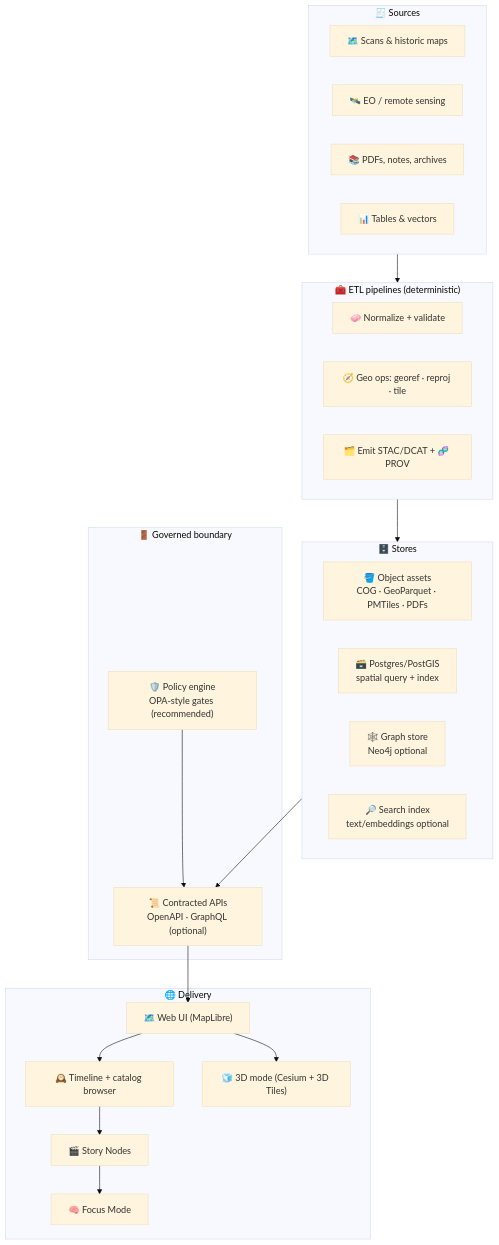
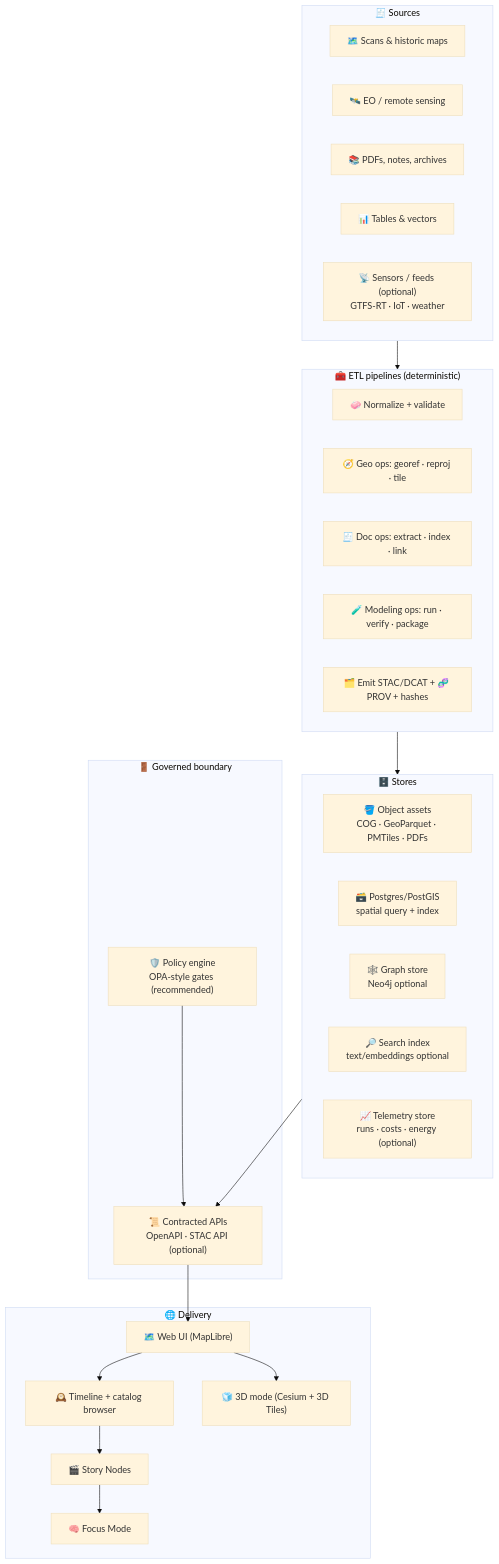
Before and after one commit to bartytime4life/Kansas-Frontier-Matrix: the third of 5 diagrams in web/README.md, drawn with Mermaid (base theme). The commit also changed other lines of this file, not shown here.

````diff
--- a/web/README.md
+++ b/web/README.md
@@ -209,41 +314,45 @@
 ```mermaid
 flowchart TB
   subgraph Sources["🧾 Sources"]
     A["🗺️ Scans & historic maps"]
     B["🛰️ EO / remote sensing"]
     C["📚 PDFs, notes, archives"]
     D["📊 Tables & vectors"]
+    E["📡 Sensors / feeds (optional)<br/>GTFS-RT · IoT · weather"]
   end
 
   subgraph Pipelines["🧰 ETL pipelines (deterministic)"]
-    E["🧼 Normalize + validate"]
-    F["🧭 Geo ops: georef · reproj · tile"]
-    G["🗂️ Emit STAC/DCAT + 🧬 PROV"]
+    F["🧼 Normalize + validate"]
+    G["🧭 Geo ops: georef · reproj · tile"]
+    H["🧾 Doc ops: extract · index · link"]
+    I["🧪 Modeling ops: run · verify · package"]
+    J["🗂️ Emit STAC/DCAT + 🧬 PROV + hashes"]
   end
 
   subgraph Stores["🗄️ Stores"]
-    H["🪣 Object assets<br/>COG · GeoParquet · PMTiles · PDFs"]
-    I["🗃️ Postgres/PostGIS<br/>spatial query + index"]
-    J["🕸️ Graph store<br/>Neo4j optional"]
-    K["🔎 Search index<br/>text/embeddings optional"]
+    K["🪣 Object assets<br/>COG · GeoParquet · PMTiles · PDFs"]
+    L["🗃️ Postgres/PostGIS<br/>spatial query + index"]
+    M["🕸️ Graph store<br/>Neo4j optional"]
+    N["🔎 Search index<br/>text/embeddings optional"]
+    O["📈 Telemetry store<br/>runs · costs · energy (optional)"]
   end
 
   subgraph Boundary["🚪 Governed boundary"]
-    L["📜 Contracted APIs<br/>OpenAPI · GraphQL (optional)"]
-    M["🛡️ Policy engine<br/>OPA-style gates (recommended)"]
+    P["📜 Contracted APIs<br/>OpenAPI · STAC API (optional)"]
+    Q["🛡️ Policy engine<br/>OPA-style gates (recommended)"]
   end
 
   subgraph UX["🌐 Delivery"]
-    N["🗺️ Web UI (MapLibre)"]
-    O["🕰️ Timeline + catalog browser"]
-    P["🧊 3D mode (Cesium + 3D Tiles)"]
-    Q["🎬 Story Nodes"]
-    R["🧠 Focus Mode"]
+    R["🗺️ Web UI (MapLibre)"]
+    S["🕰️ Timeline + catalog browser"]
+    T["🧊 3D mode (Cesium + 3D Tiles)"]
+    U["🎬 Story Nodes"]
+    V["🧠 Focus Mode"]
   end
 
   Sources --> Pipelines --> Stores
-  Stores --> L
-  M --> L
-  L --> N --> O --> Q --> R
-  N --> P
+  Stores --> P
+  Q --> P
+  P --> R --> S --> U --> V
+  R --> T
 ```
````
